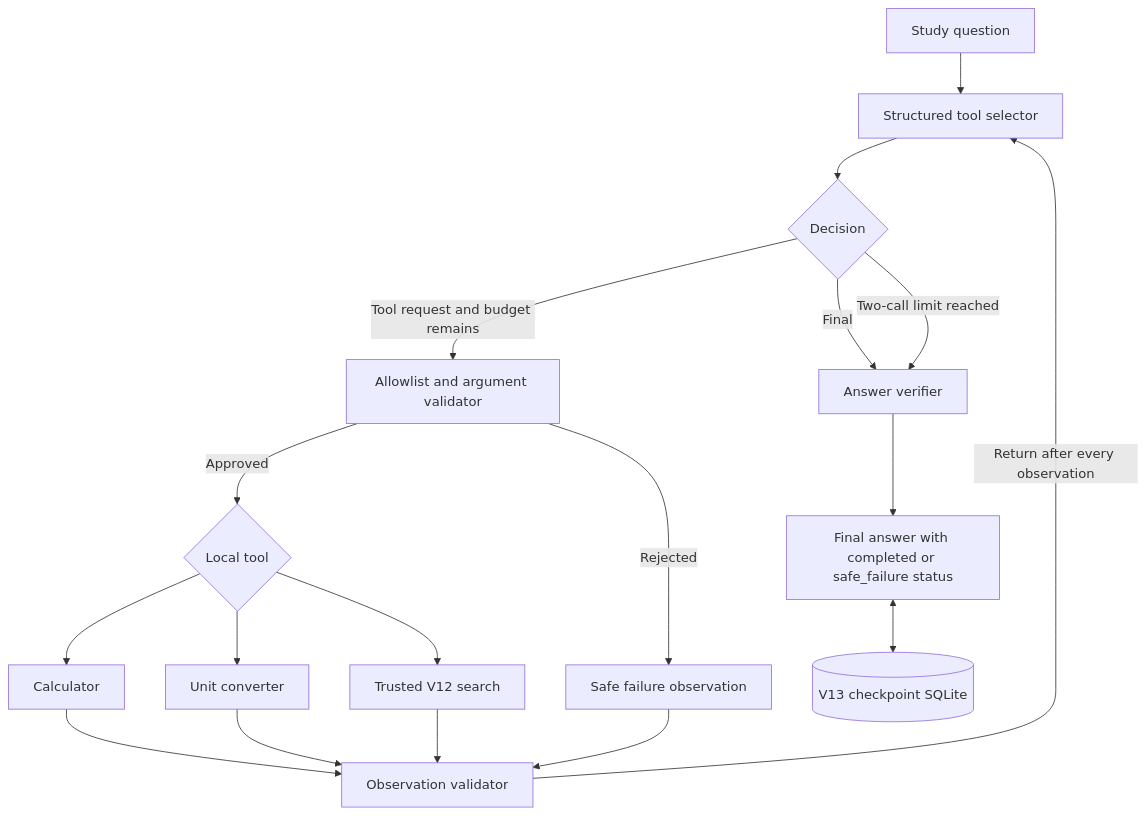
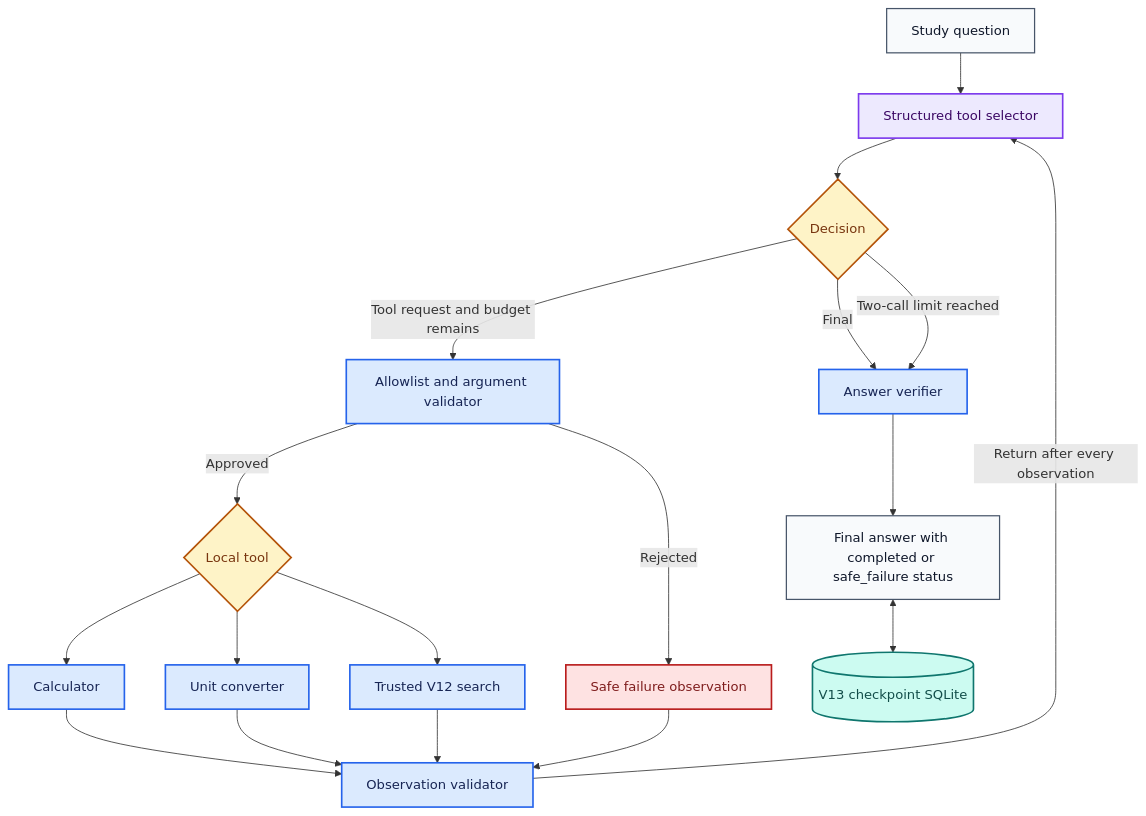
One commit to anne500/multi-agent-study-guide changed diagram 15 of 20 in docs/ARCHITECTURE.md. Above: the diagram before and after it, drawn with Mermaid. The commit also changed other lines of this file and 7 other files, not shown here.

Commit message:
Add visual learning map and color-coded architecture documentation

````diff
--- a/docs/ARCHITECTURE.md
+++ b/docs/ARCHITECTURE.md
@@ -283,20 +392,32 @@
 ```mermaid
 flowchart TD
     A[Study question] --> B[Structured tool selector]
     B --> C{Decision}
     C -->|Final| D[Answer verifier]
     C -->|Tool request and budget remains| E[Allowlist and argument validator]
     C -->|Two-call limit reached| D
     E -->|Rejected| F[Safe failure observation]
     E -->|Approved| G{Local tool}
     G --> H[Calculator]
     G --> I[Unit converter]
     G --> J[Trusted V12 search]
     H --> K[Observation validator]
     I --> K
     J --> K
     F --> K
     K -->|Return after every observation| B
     D --> L[Final answer with completed or safe_failure status]
     L <--> M[(V13 checkpoint SQLite)]
+
+    classDef default fill:#F8FAFC,stroke:#475569,color:#0F172A,stroke-width:1.5px;
+    classDef model fill:#EDE9FE,stroke:#7C3AED,color:#3B0764,stroke-width:2px;
+    class B model;
+    classDef decision fill:#FEF3C7,stroke:#B45309,color:#78350F,stroke-width:2px;
+    class C,G decision;
+    classDef logic fill:#DBEAFE,stroke:#2563EB,color:#172554,stroke-width:2px;
+    class D,E,H,I,J,K logic;
+    classDef failure fill:#FEE2E2,stroke:#B91C1C,color:#7F1D1D,stroke-width:2px;
+    class F failure;
+    classDef store fill:#CCFBF1,stroke:#0F766E,color:#134E4A,stroke-width:2px;
+    class M store;
 ```
````
